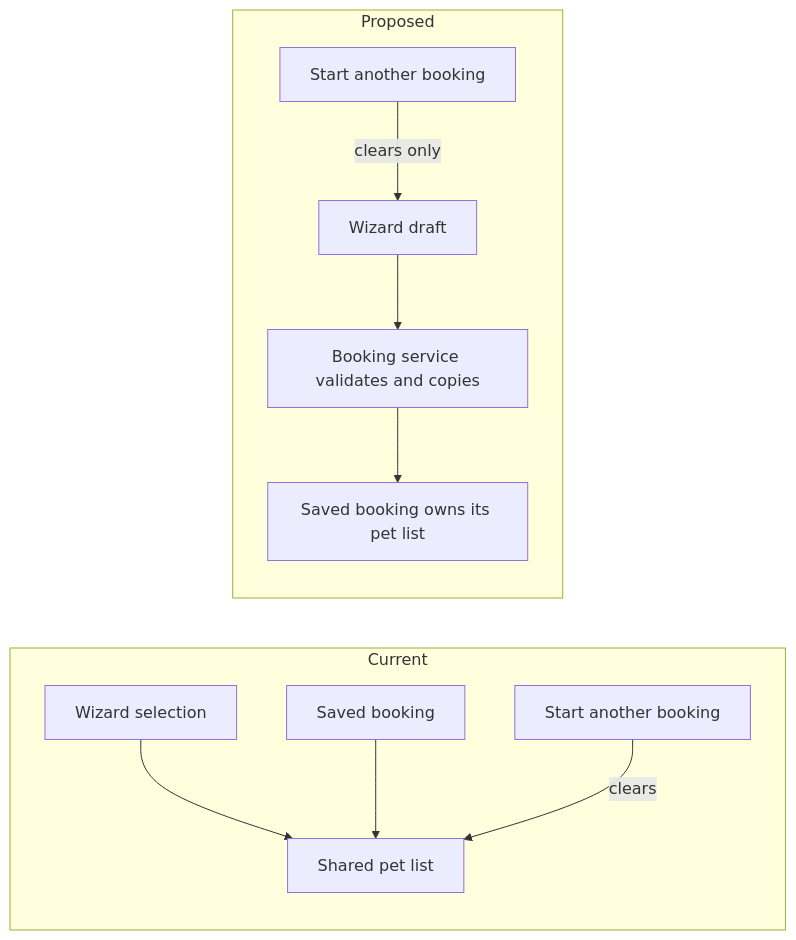
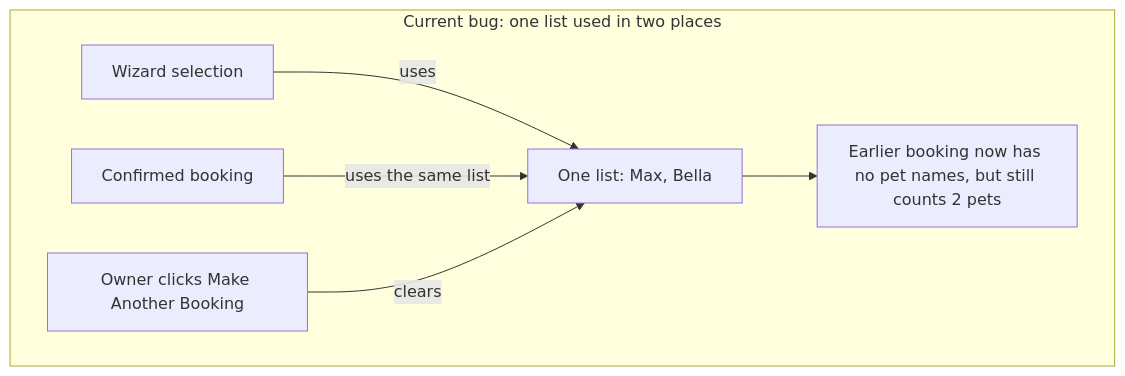
Before and after one commit to lenvolk/simplepetapp: the first of 2 diagrams in improvments/0.01_improvment.md, drawn with Mermaid. The commit also changed other lines of this file, not shown here.

Commit message:
Refactor application improvement suggestions to clarify booking ownership, pet identity, and search loading; define new feature workflows and terminology.

````diff
--- a/improvments/0.01_improvment.md
+++ b/improvments/0.01_improvment.md
@@ -15,13 +59,9 @@
 ```mermaid
-flowchart LR
-    subgraph Current
-        Wizard["Wizard selection"] --> Shared["Shared pet list"]
-        Saved["Saved booking"] --> Shared
-        Reset["Start another booking"] -->|clears| Shared
-    end
-    subgraph Proposed
-        Draft["Wizard draft"] --> Service["Booking service validates and copies"]
-        Service --> Snapshot["Saved booking owns its pet list"]
-        Restart["Start another booking"] -->|clears only| Draft
-    end
+flowchart TB
+  subgraph Current["Current bug: one list used in two places"]
+    Wizard["Wizard selection"] -->|uses| Shared["One list: Max, Bella"]
+    Saved["Confirmed booking"] -->|uses the same list| Shared
+    Reset["Owner clicks Make Another Booking"] -->|clears| Shared
+    Shared --> Result["Earlier booking now has no pet names, but still counts 2 pets"]
+  end
 ```
````
